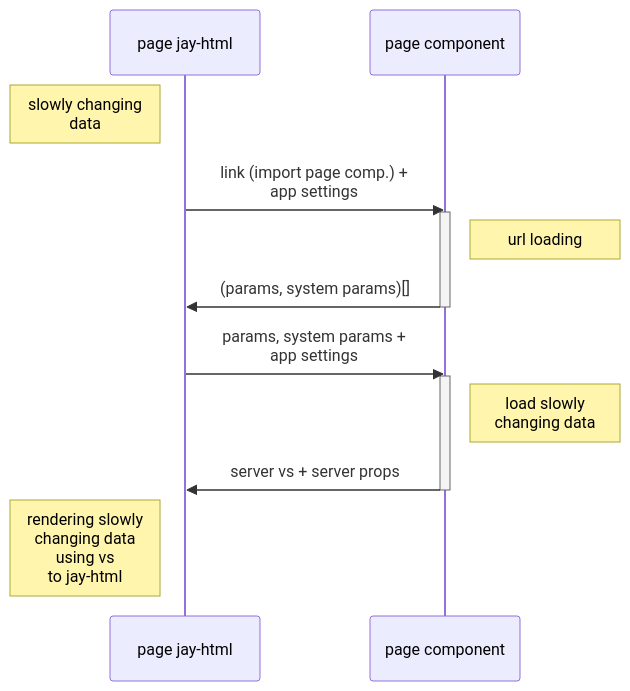
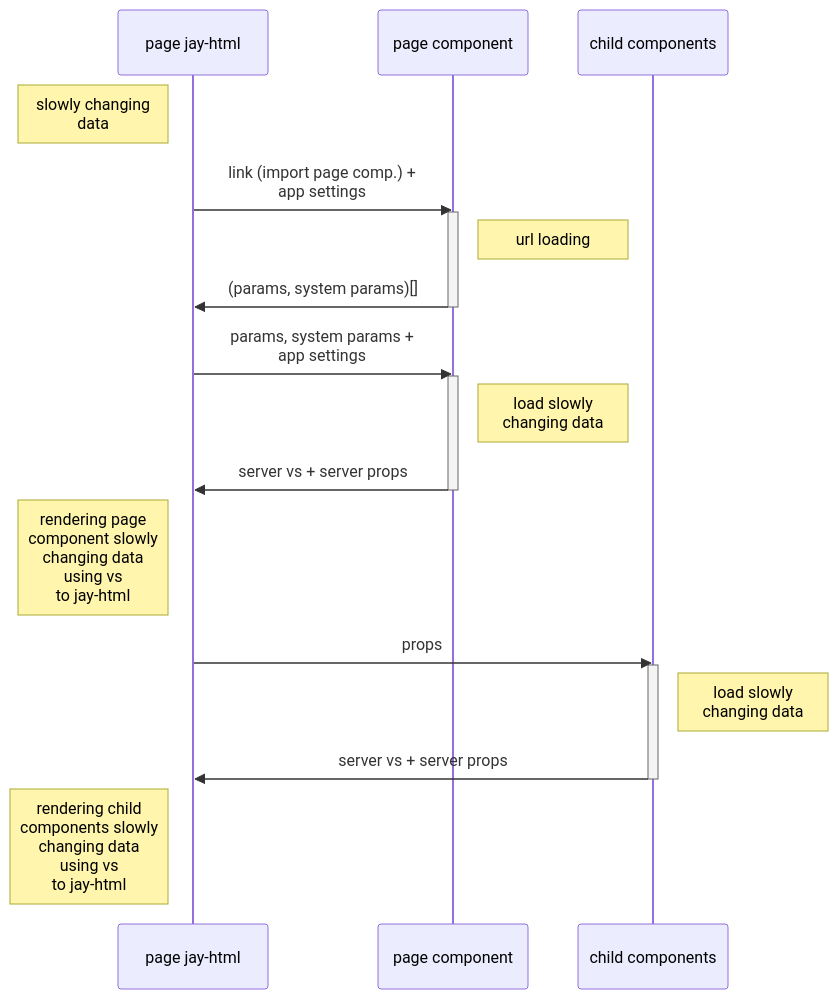
One commit to jay-framework/jay changed the diagram in design-log/34 - jay stack - rendering flow - slowly changing.mmd. Above: the diagram before and after it, drawn with Mermaid. The commit also changed 2 other files, not shown here.

Commit message:
updated diagrams

```diff
--- a/design-log/34 - jay stack - rendering flow - slowly changing.mmd
+++ b/design-log/34 - jay stack - rendering flow - slowly changing.mmd
@@ -1,15 +1,22 @@
 sequenceDiagram
     participant page as page jay-html
     participant comp as page component
+    participant child as child components
     Note left of page: slowly changing<br>data
     page->>comp: link (import page comp.) +<br> app settings
     activate comp
     Note right of comp: url loading
     comp->>page: (params, system params)[]
     deactivate comp
     page->>comp: params, system params + <br>app settings
     activate comp
     Note right of comp: load slowly<br>changing data
     comp->>page: server vs + server props
     deactivate comp
-    Note left of page: rendering slowly<br>changing data<br>using vs<br>to jay-html
+    Note left of page: rendering page <BR>component slowly<br>changing data<br>using vs<br>to jay-html
+    page->>child: props
+    activate child
+    Note right of child: load slowly<br>changing data
+    child->>page: server vs + server props
+    deactivate child
+    Note left of page: rendering child <br>components slowly<br>changing data<br>using vs<br>to jay-html
```
